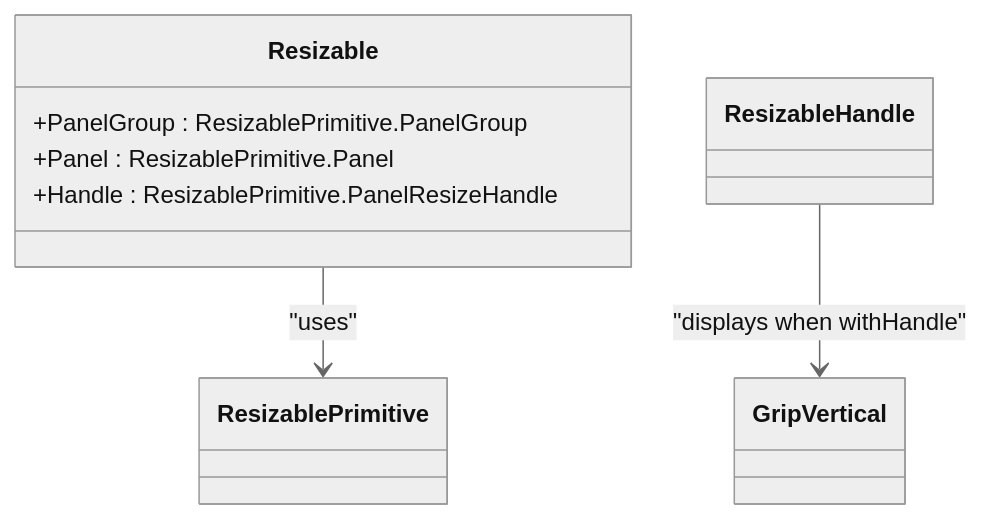
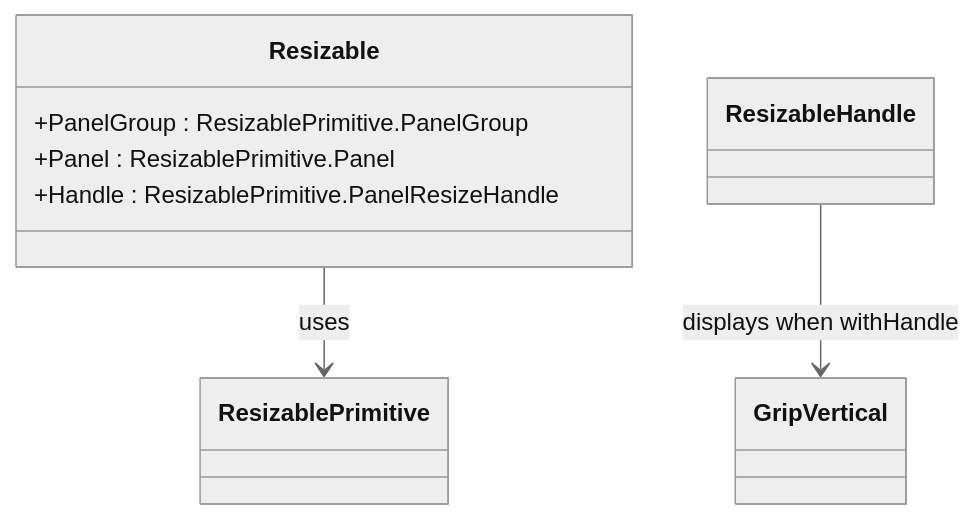
Before and after one commit to mohjak/sc-dof: the fourth of 6 diagrams in .qoder/repowiki/en/content/Component Reference/UI Component Library/Layout Components.md, drawn with Mermaid (neutral theme). The commit also changed other lines of this file and 68 other files, not shown here.

First line of the commit message:
docs(docs): update component architecture docs with markdown formatting fixes

````diff
--- a/.qoder/repowiki/en/content/Component Reference/UI Component Library/Layout Components.md
+++ b/.qoder/repowiki/en/content/Component Reference/UI Component Library/Layout Components.md
@@ -125,10 +123,10 @@
 ```mermaid
 classDiagram
 class Resizable {
 +PanelGroup : ResizablePrimitive.PanelGroup
 +Panel : ResizablePrimitive.Panel
 +Handle : ResizablePrimitive.PanelResizeHandle
 }
-Resizable --> ResizablePrimitive : "uses"
-ResizableHandle --> GripVertical : "displays when withHandle"
+Resizable --> ResizablePrimitive : uses
+ResizableHandle --> GripVertical : displays when withHandle
 ```
````
